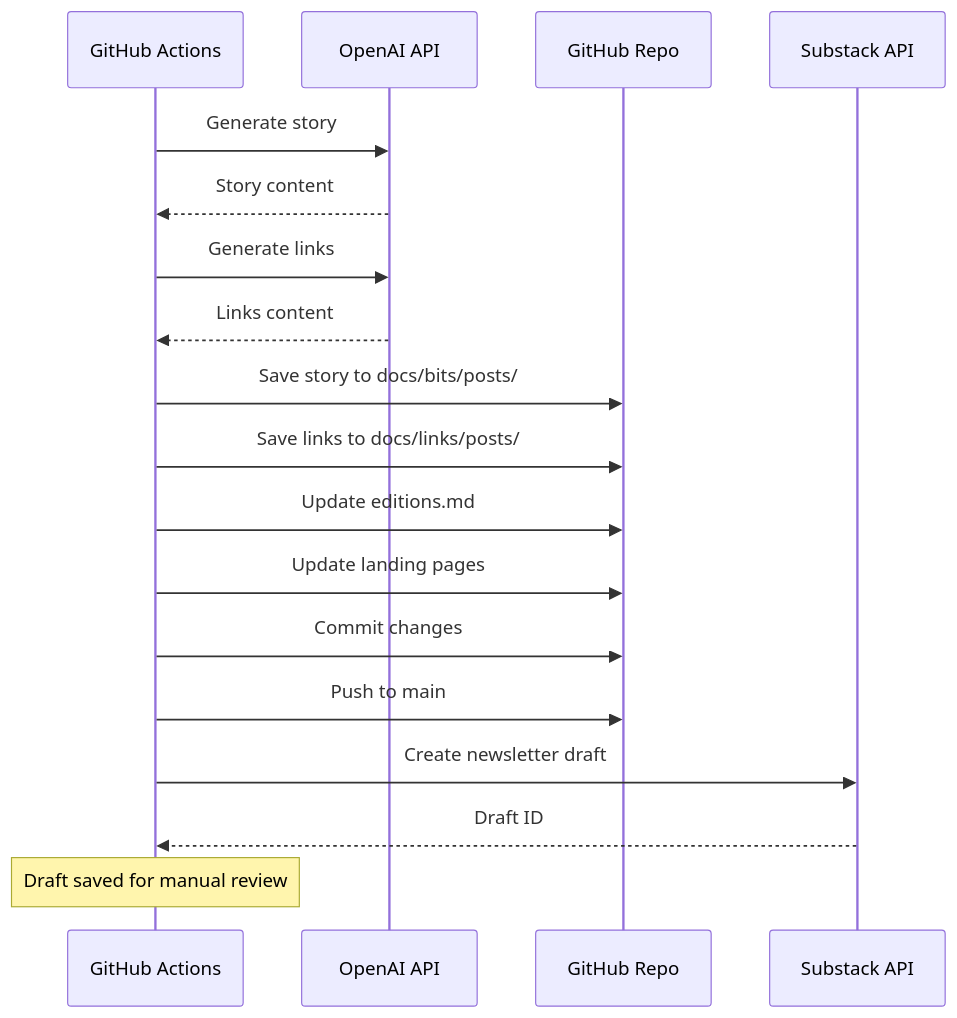
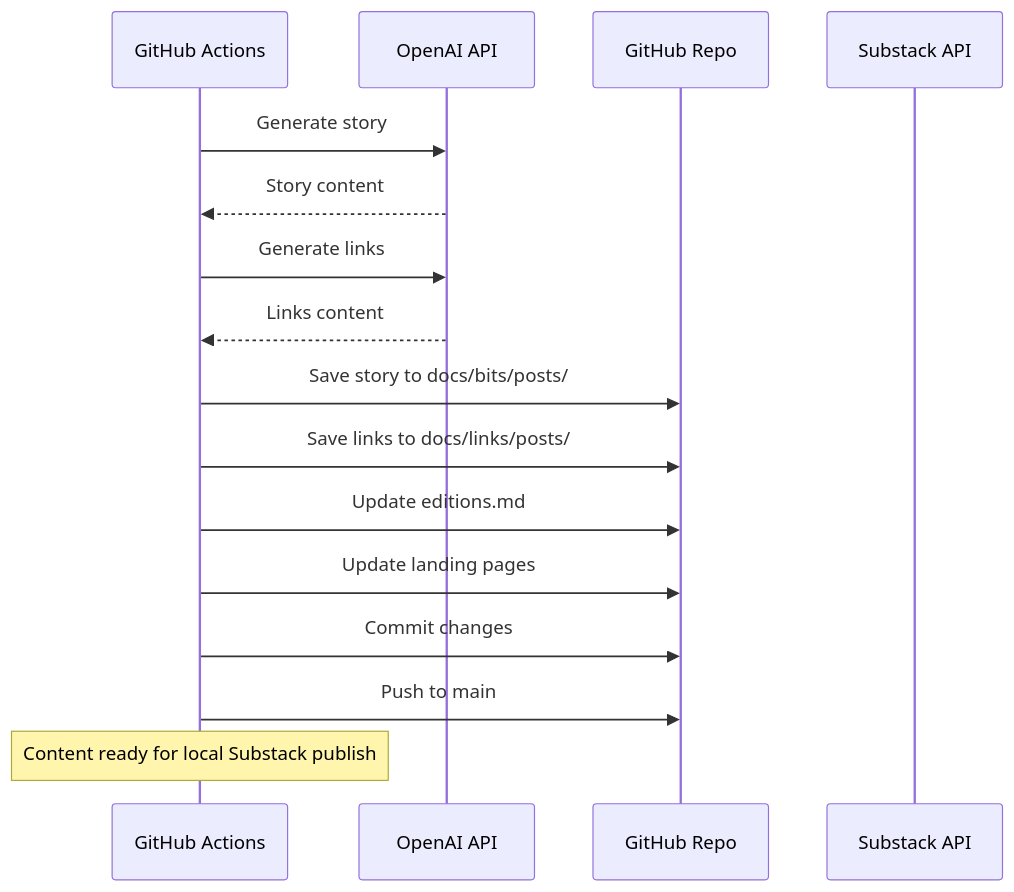
The third of 6 diagrams in SYSTEM_DESIGN.md (obscurebit/b1ts), drawn with Mermaid before and after one commit. The commit also changed other lines of this file and 1 other file, not shown here.

Commit message:
docs: Update system design for local-only Substack publishing (Cloudflare blocks CI)

````diff
--- a/SYSTEM_DESIGN.md
+++ b/SYSTEM_DESIGN.md
@@ -88,24 +91,22 @@
 ```mermaid
 sequenceDiagram
     participant GA as GitHub Actions
     participant AI as OpenAI API
     participant GH as GitHub Repo
     participant SS as Substack API
     
     GA->>AI: Generate story
     AI-->>GA: Story content
     GA->>AI: Generate links
     AI-->>GA: Links content
     
     GA->>GH: Save story to docs/bits/posts/
     GA->>GH: Save links to docs/links/posts/
     GA->>GH: Update editions.md
     GA->>GH: Update landing pages
     
     GA->>GH: Commit changes
     GA->>GH: Push to main
     
-    GA->>SS: Create newsletter draft
-    SS-->>GA: Draft ID
-    Note over GA: Draft saved for manual review
+    Note over GA: Content ready for local Substack publish
 ```
````
